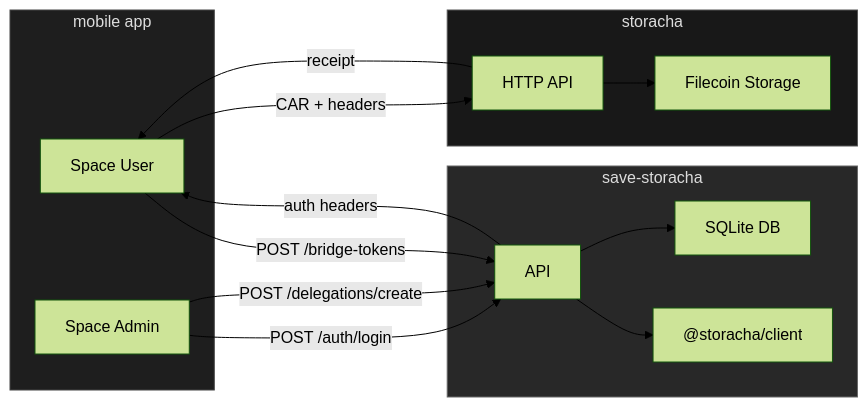
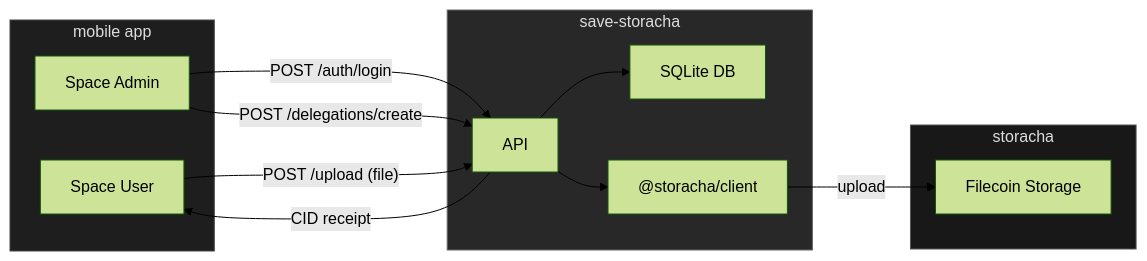
One commit to hyphacoop/save-storacha changed the diagram in README.md. Above: the diagram before and after it, drawn with Mermaid (forest theme). The commit also changed other lines of this file, not shown here.

Commit message:
update architecture diagram for bridge-less flow

````diff
--- a/README.md
+++ b/README.md
@@ -20,35 +20,32 @@
 ```mermaid
 flowchart LR
     %% mobile clients
     subgraph Mobile["mobile app"]
         style Mobile fill:#1e1e1e,stroke:#444,color:#ddd
         UA["Space User"]
         AA["Space Admin"]
     end
 
     %% token service
     subgraph TokenSvc["save-storacha"]
         style TokenSvc fill:#282828,stroke:#666,color:#ddd
         API["API"]
         DB["SQLite DB"]
         SDK["@storacha/client"]
         API --> DB
         API --> SDK
     end
 
     %% storacha storage
     subgraph Storacha["storacha"]
         style Storacha fill:#181818,stroke:#555,color:#ddd
-        Bridge["HTTP API"]
         Storage["Filecoin Storage"]
-        Bridge --> Storage
     end
 
     %% flows
     AA -- "POST /auth/login" --> API
     AA -- "POST /delegations/create" --> API
-    UA -- "POST /bridge-tokens" --> API
-    API -- "auth headers" --> UA
-    UA -- "CAR + headers" --> Bridge
-    Bridge -- "receipt" --> UA
+    UA -- "POST /upload (file)" --> API
+    SDK -- "upload" --> Storage
+    API -- "CID receipt" --> UA
 ```
````
